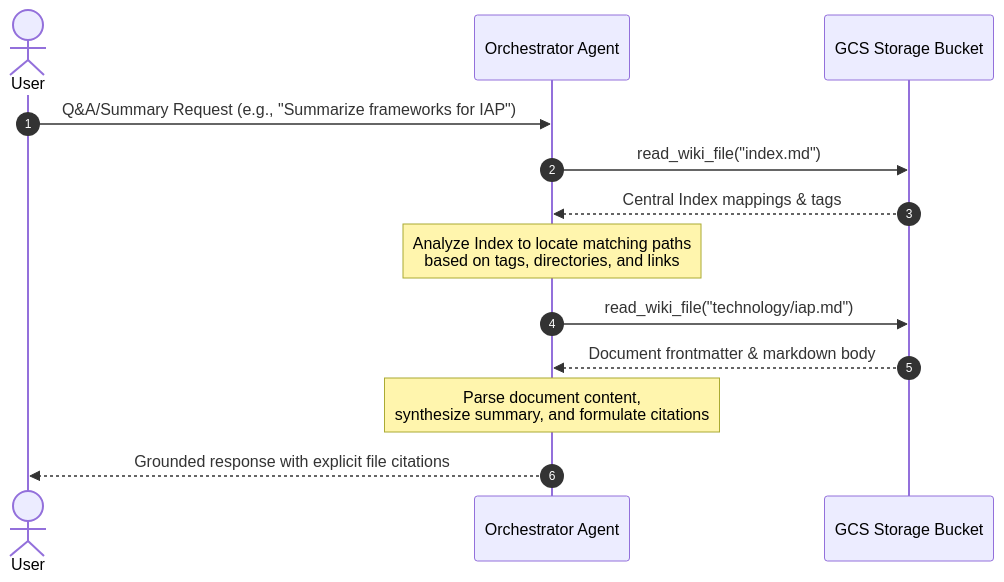
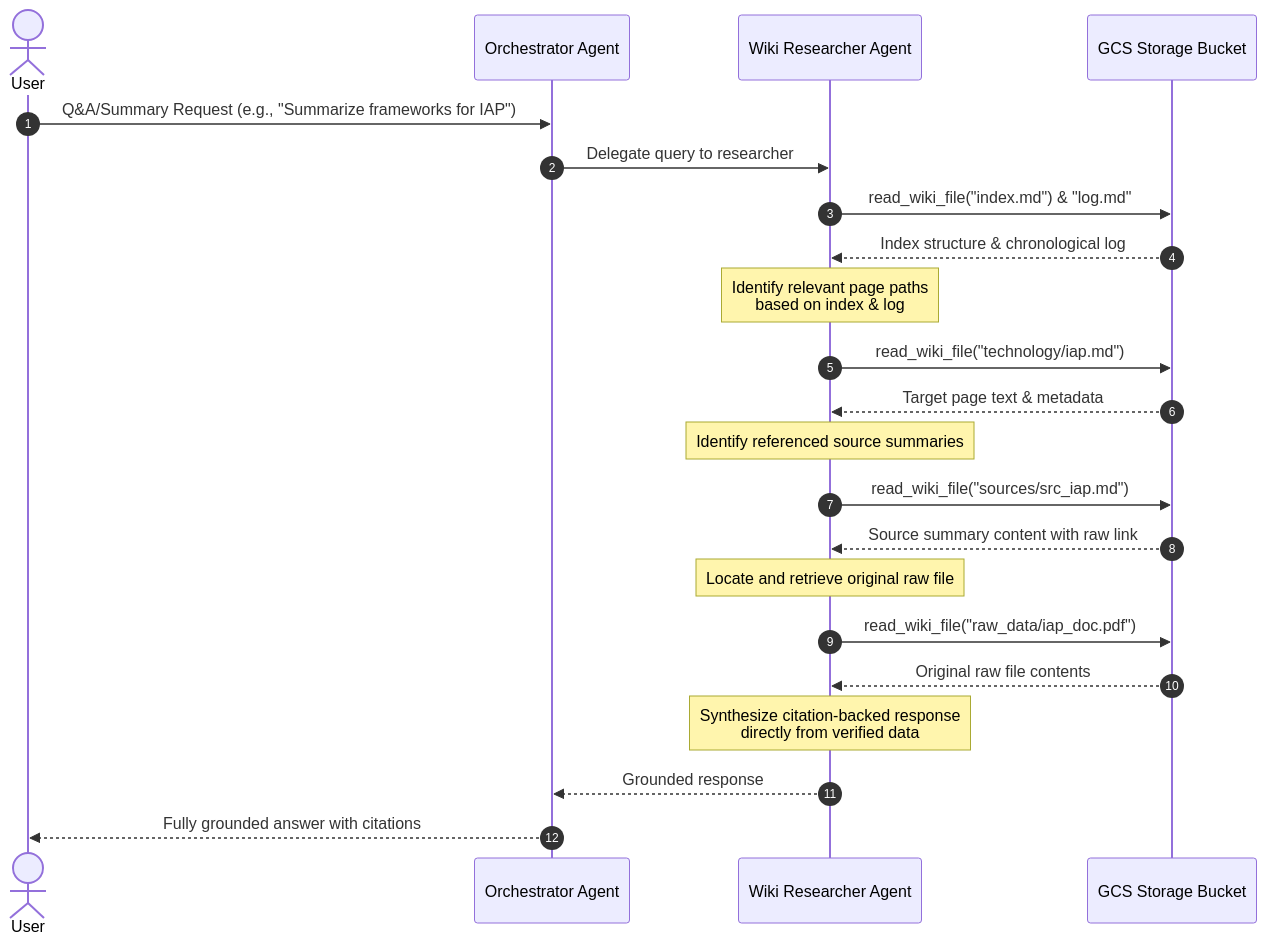
One commit to aagardezi/agentwiki-adk changed the fourth of 4 diagrams in README.md. Above: the diagram before and after it, drawn with Mermaid. The commit also changed other lines of this file and 6 other files, not shown here.

First line of the commit message:
Update README, schema.md, and system architecture diagrams to reflect ADK2 Workflow and GCS raw data integration.

````diff
--- a/README.md
+++ b/README.md
@@ -141,16 +146,25 @@
 ```mermaid
 sequenceDiagram
     autonumber
     actor User
     participant Orchestrator as Orchestrator Agent
+    participant Researcher as Wiki Researcher Agent
     participant GCS as GCS Storage Bucket
 
     User->>Orchestrator: Q&A/Summary Request (e.g., "Summarize frameworks for IAP")
-    Orchestrator->>GCS: read_wiki_file("index.md")
-    GCS-->>Orchestrator: Central Index mappings & tags
-    Note over Orchestrator: Analyze Index to locate matching paths<br/>based on tags, directories, and links
-    Orchestrator->>GCS: read_wiki_file("technology/iap.md")
-    GCS-->>Orchestrator: Document frontmatter & markdown body
-    Note over Orchestrator: Parse document content,<br/>synthesize summary, and formulate citations
-    Orchestrator-->>User: Grounded response with explicit file citations
+    Orchestrator->>Researcher: Delegate query to researcher
+    Researcher->>GCS: read_wiki_file("index.md") & "log.md"
+    GCS-->>Researcher: Index structure & chronological log
+    Note over Researcher: Identify relevant page paths<br/>based on index & log
+    Researcher->>GCS: read_wiki_file("technology/iap.md")
+    GCS-->>Researcher: Target page text & metadata
+    Note over Researcher: Identify referenced source summaries
+    Researcher->>GCS: read_wiki_file("sources/src_iap.md")
+    GCS-->>Researcher: Source summary content with raw link
+    Note over Researcher: Locate and retrieve original raw file
+    Researcher->>GCS: read_wiki_file("raw_data/iap_doc.pdf")
+    GCS-->>Researcher: Original raw file contents
+    Note over Researcher: Synthesize citation-backed response<br/>directly from verified data
+    Researcher-->>Orchestrator: Grounded response
+    Orchestrator-->>User: Fully grounded answer with citations
 ```
````
